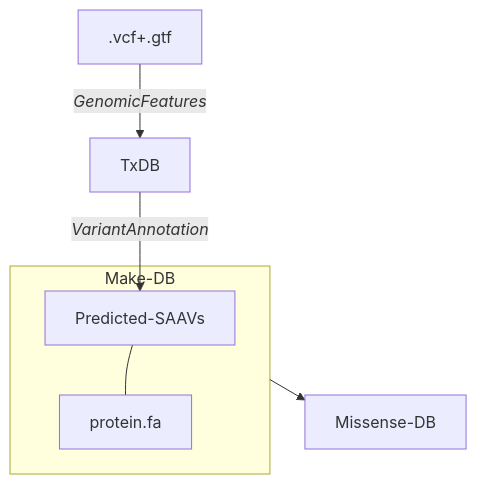
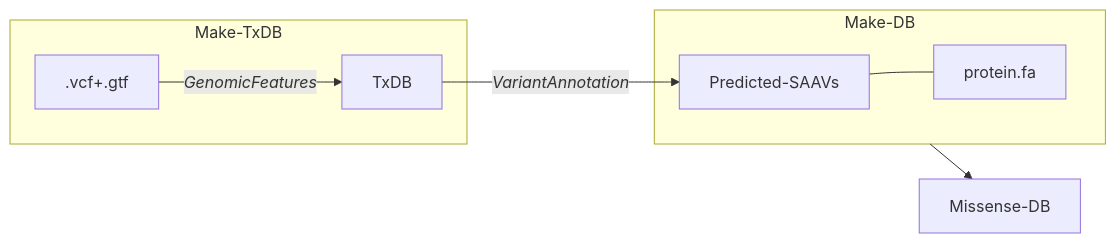
The diagram in README.md (hdesai17/chemoproteogenomics), drawn with Mermaid before and after one commit.

````diff
--- a/README.md
+++ b/README.md
@@ -21,11 +21,12 @@
 ```mermaid
 
-flowchart TB;
+flowchart LR;
+   subgraph Make-TxDB
    .vcf+.gtf-->|<i>GenomicFeatures<i>|TxDB
-
+   end
    TxDB-->|<i>VariantAnnotation<i>|Predicted-SAAVs
    subgraph Make-DB
    Predicted-SAAVs---protein.fa
    end
    Make-DB-->Missense-DB;
 ```
````
